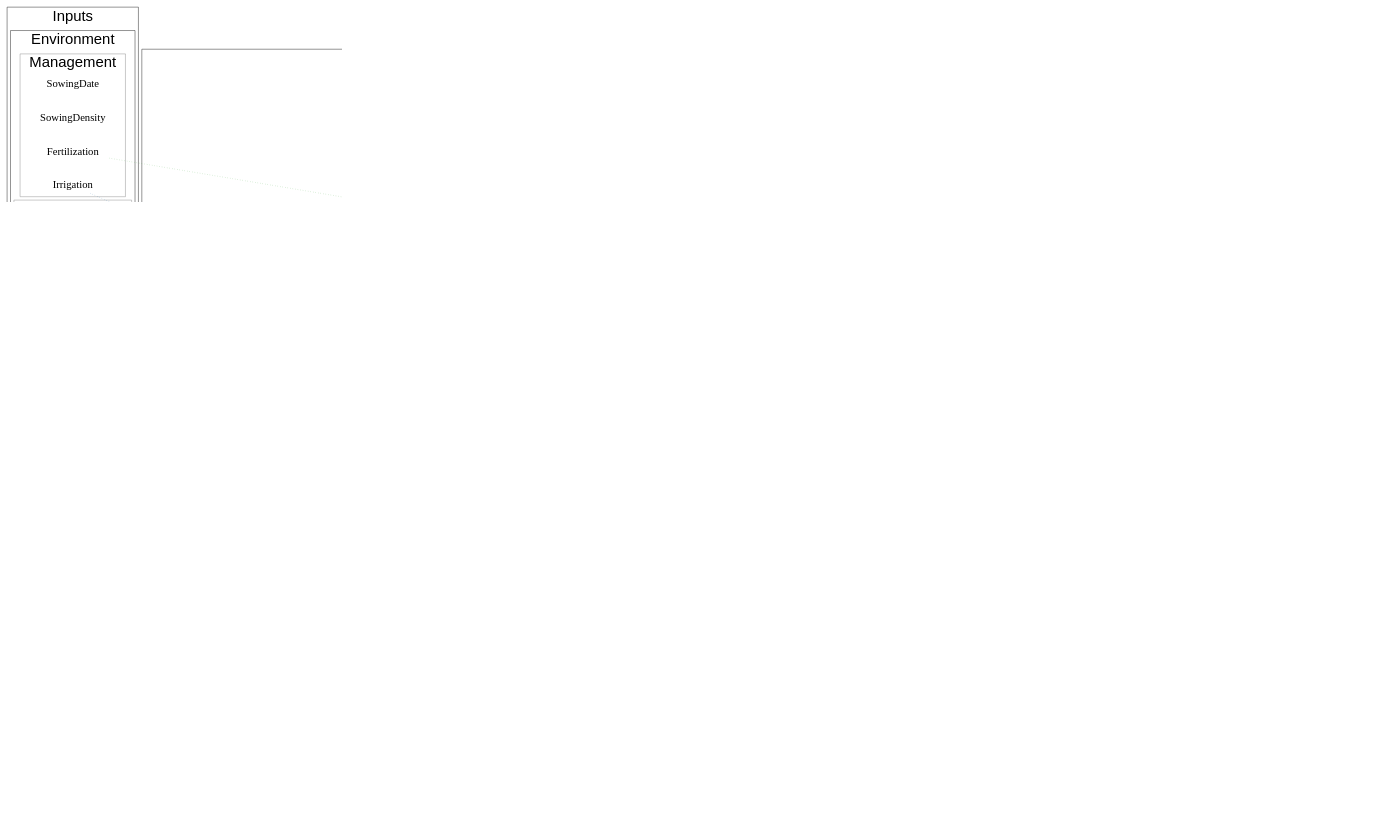
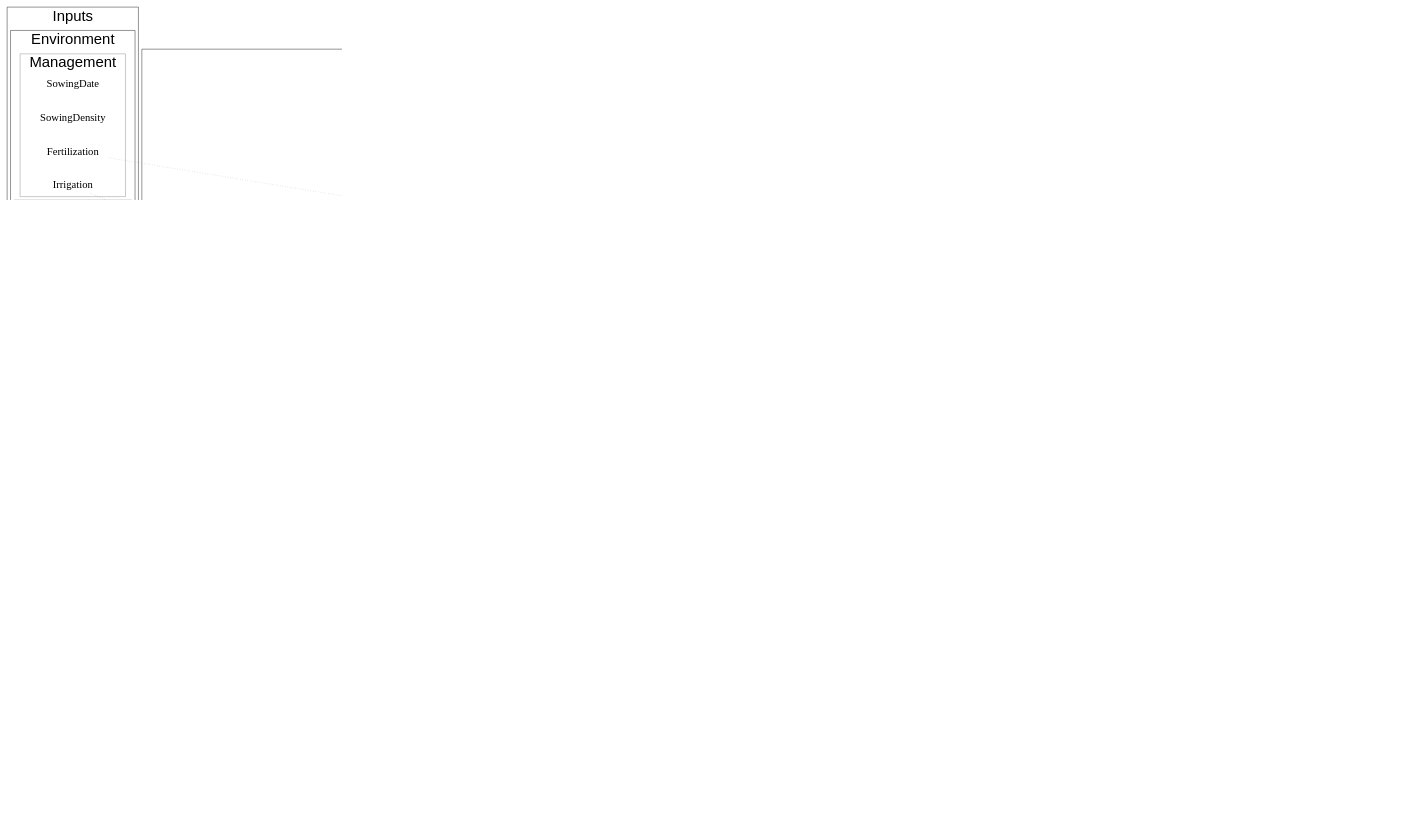
The diagram in inst/doc/files/structure.dot (picasa/rsunflo), drawn with Graphviz before and after one commit. The commit also changed 8 other files, not shown here.

Commit message:
added LeafGrowthRate and LeafSenescenceRate

```diff
--- a/inst/doc/files/structure.dot
+++ b/inst/doc/files/structure.dot
@@ -149,6 +149,7 @@
 				// Module				
 				LeafInitiationTime -> LeafExpansionTime
 				{LeafExpansionTime PotentialLeafArea} -> LeafExpansionRate
+				PotentialLeafDuration -> LeafSenescenceTime
 				LeafSenescenceTime -> LeafSenescenceRate
 				{LeafExpansionRate LeafSenescenceRate} -> LeafArea
 				{rank=same; LeafExpansionTime; LeafSenescenceTime}
```
